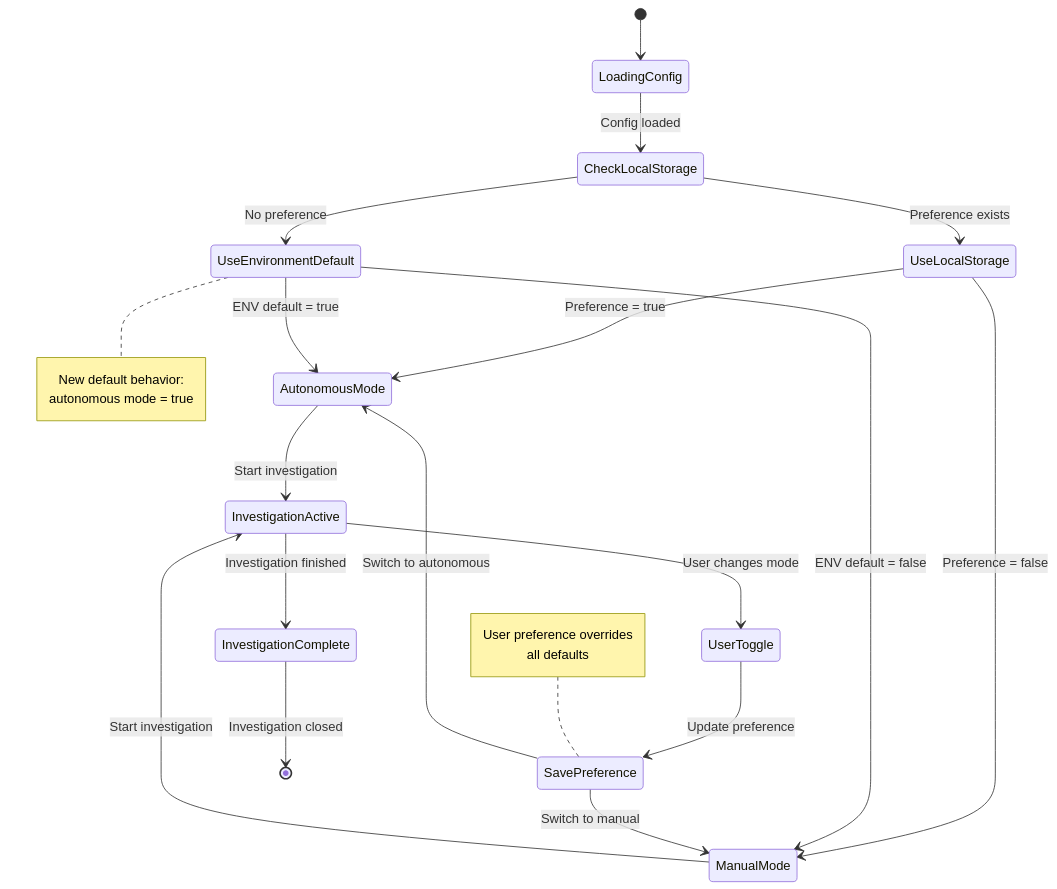
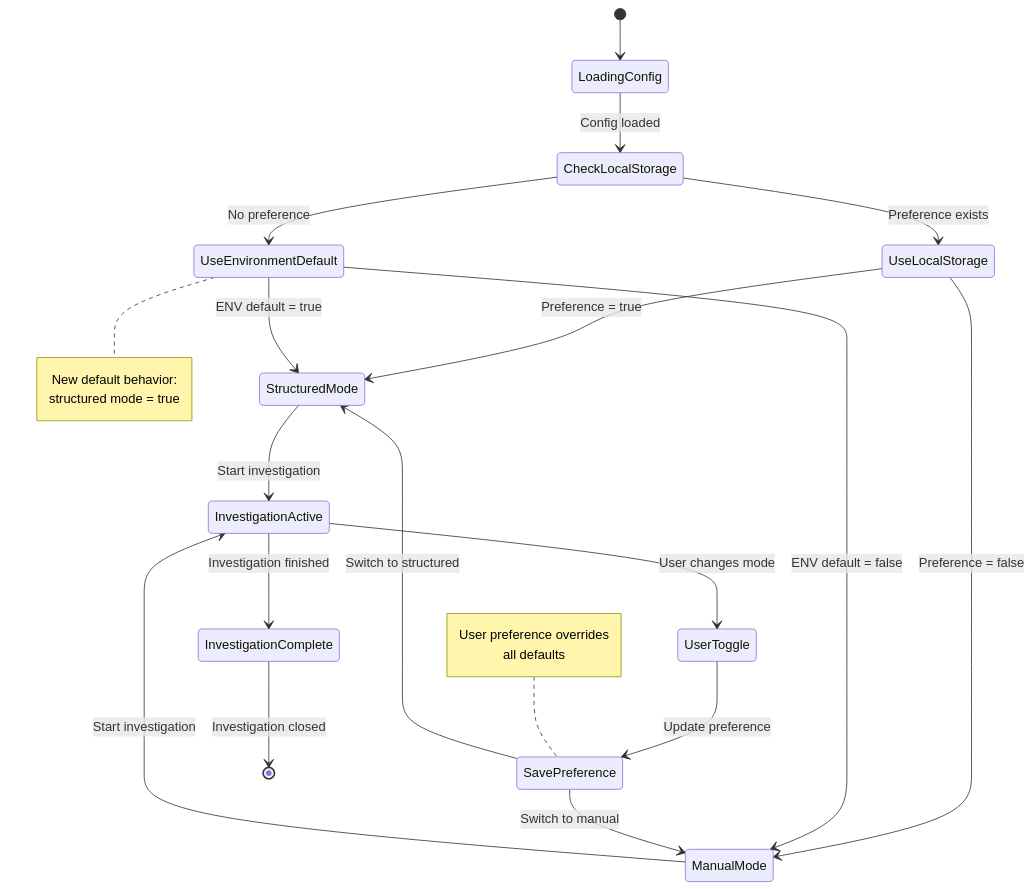
The third of 5 diagrams in docs/diagrams/autonomous-mode-default-architecture-2025-01-04.md (Olorin-ai-git/Bayit-Plus), drawn with Mermaid before and after one commit. The commit also changed other lines of this file and 703 other files, not shown here.

````diff
--- a/docs/diagrams/autonomous-mode-default-architecture-2025-01-04.md
+++ b/docs/diagrams/autonomous-mode-default-architecture-2025-01-04.md
@@ -121,37 +121,37 @@
 ```mermaid
 stateDiagram-v2
     [*] --> LoadingConfig
     
     LoadingConfig --> CheckLocalStorage: Config loaded
     
     CheckLocalStorage --> UseLocalStorage: Preference exists
     CheckLocalStorage --> UseEnvironmentDefault: No preference
     
-    UseLocalStorage --> AutonomousMode: Preference = true
+    UseLocalStorage --> StructuredMode: Preference = true
     UseLocalStorage --> ManualMode: Preference = false
     
-    UseEnvironmentDefault --> AutonomousMode: ENV default = true
+    UseEnvironmentDefault --> StructuredMode: ENV default = true
     UseEnvironmentDefault --> ManualMode: ENV default = false
     
-    AutonomousMode --> InvestigationActive: Start investigation
+    StructuredMode --> InvestigationActive: Start investigation
     ManualMode --> InvestigationActive: Start investigation
     
     InvestigationActive --> UserToggle: User changes mode
     InvestigationActive --> InvestigationComplete: Investigation finished
     
     UserToggle --> SavePreference: Update preference
-    SavePreference --> AutonomousMode: Switch to autonomous
+    SavePreference --> StructuredMode: Switch to structured
     SavePreference --> ManualMode: Switch to manual
     
     InvestigationComplete --> [*]: Investigation closed
     
     note right of UseEnvironmentDefault
         New default behavior:
-        autonomous mode = true
+        structured mode = true
     end note
     
     note left of SavePreference
         User preference overrides
         all defaults
     end note
 ```
````
